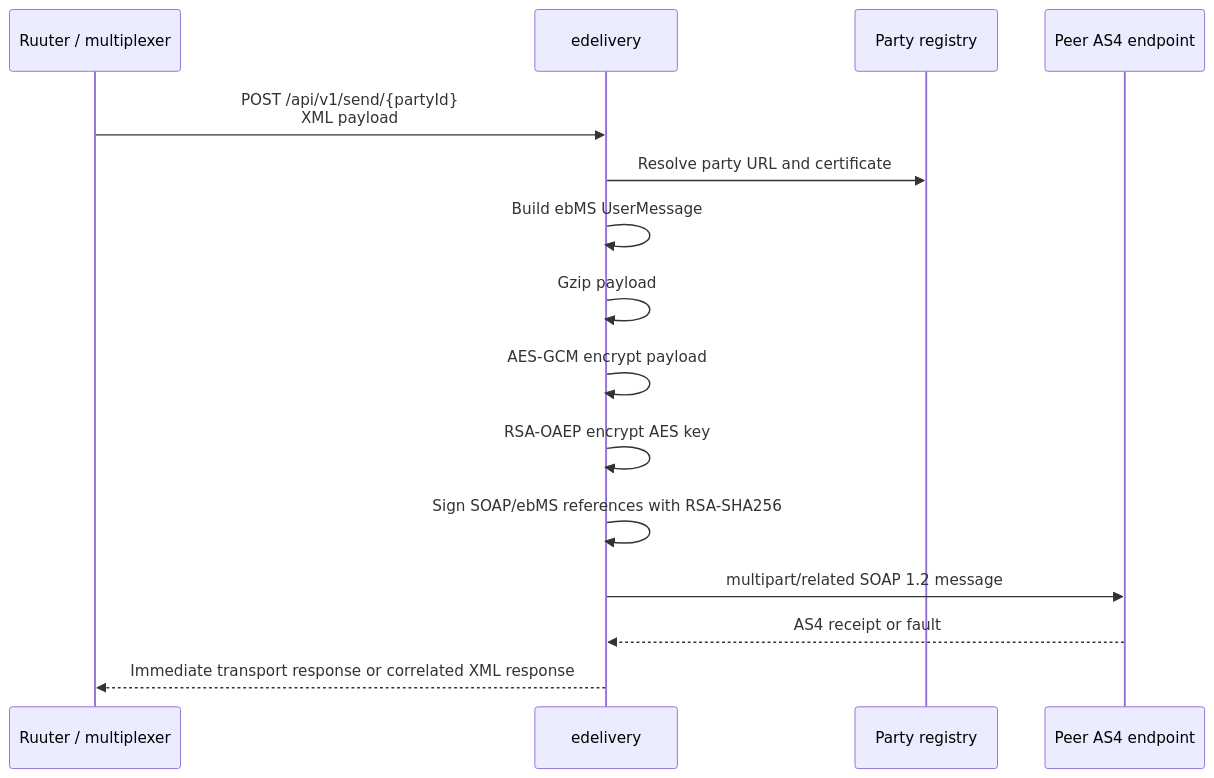
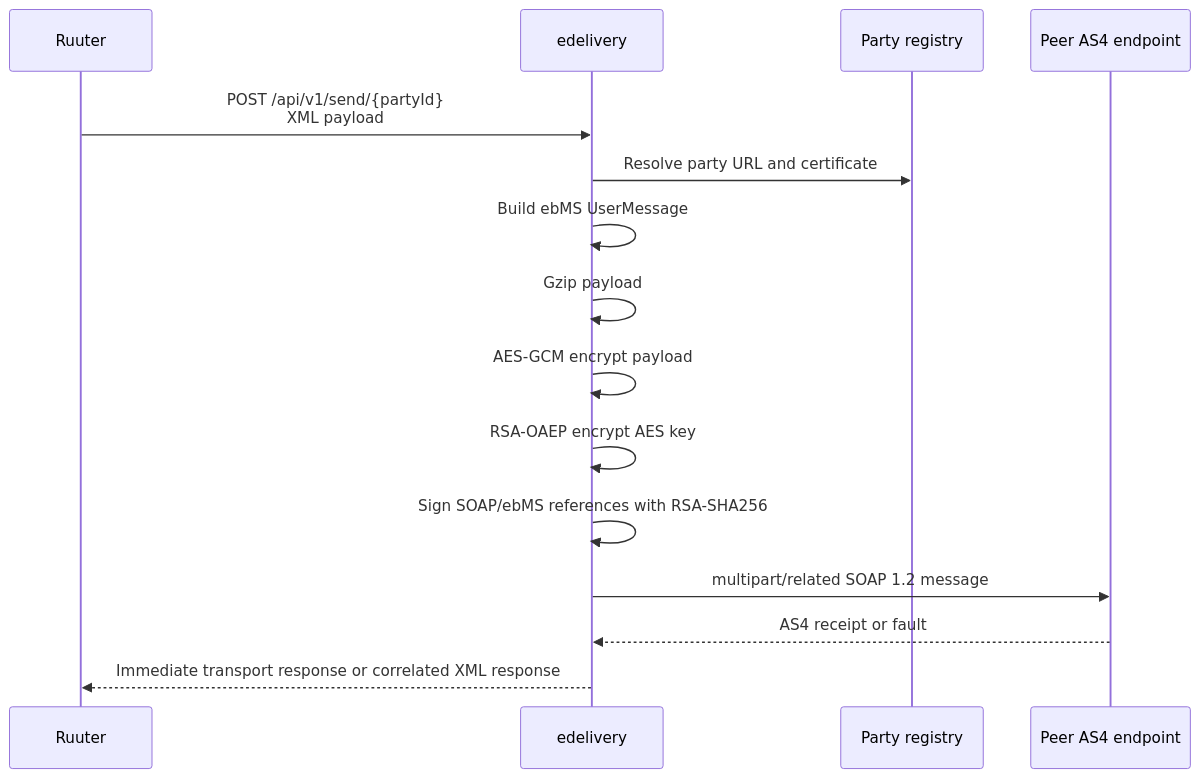
One commit to kemit-ee/efti-gate-ee changed the second of 5 diagrams in docs/architecture/integrations/internal-kotlin-services.md. Above: the diagram before and after it, drawn with Mermaid. The commit also changed other lines of this file and 50 other files, not shown here.

Commit message:
K4-IMPL - Absorb multiplexer into Ruuter

````diff
--- a/docs/architecture/integrations/internal-kotlin-services.md
+++ b/docs/architecture/integrations/internal-kotlin-services.md
@@ -100,18 +102,18 @@
 ```mermaid
 sequenceDiagram
-    participant R as Ruuter / multiplexer
+    participant R as Ruuter
     participant E as edelivery
     participant P as Party registry
     participant A as Peer AS4 endpoint
 
     R->>E: POST /api/v1/send/{partyId}<br/>XML payload
     E->>P: Resolve party URL and certificate
     E->>E: Build ebMS UserMessage
     E->>E: Gzip payload
     E->>E: AES-GCM encrypt payload
     E->>E: RSA-OAEP encrypt AES key
     E->>E: Sign SOAP/ebMS references with RSA-SHA256
     E->>A: multipart/related SOAP 1.2 message
     A-->>E: AS4 receipt or fault
     E-->>R: Immediate transport response or correlated XML response
 ```
````
